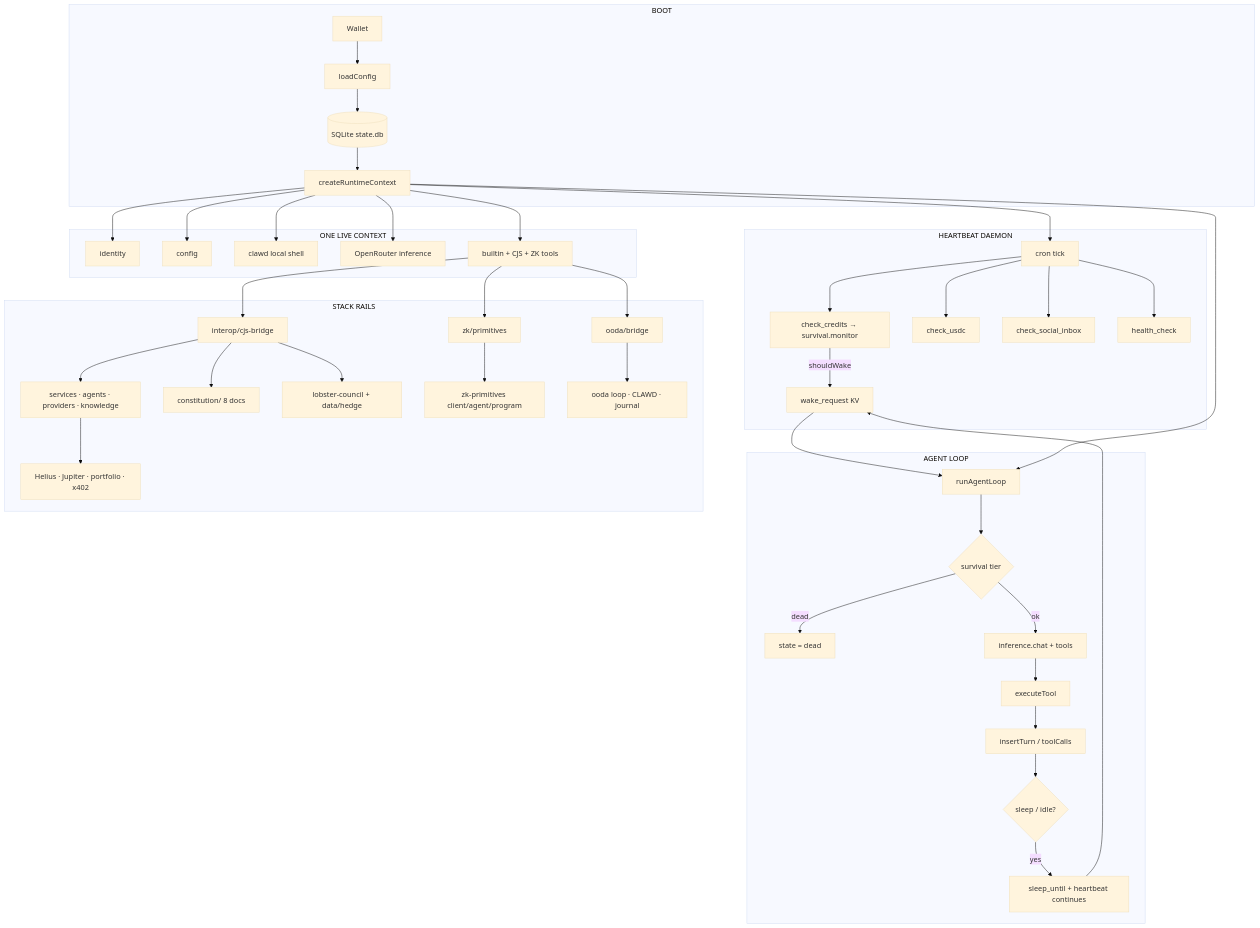
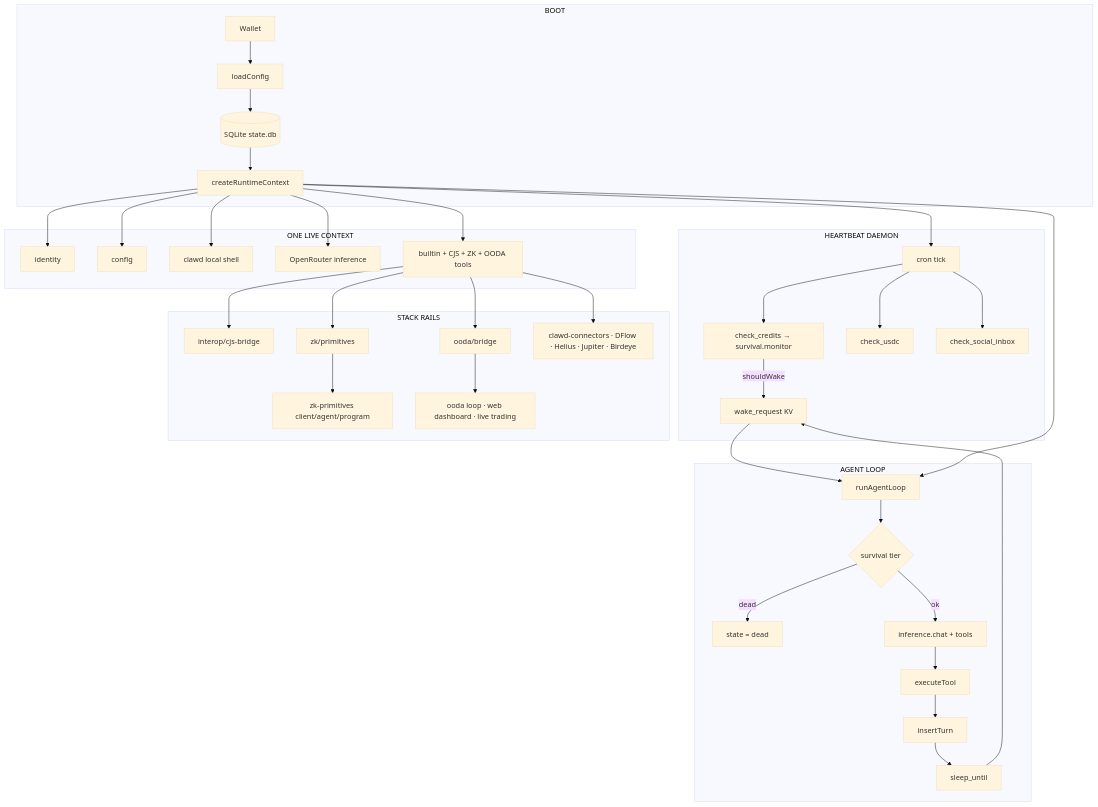
The diagram in README.md (Solizardking/clawd-automation), drawn with Mermaid (base theme) before and after one commit. The commit also changed other lines of this file, not shown here.

````diff
--- a/README.md
+++ b/README.md
@@ -279,51 +530,46 @@
 ```mermaid
 flowchart TB
   subgraph boot["BOOT"]
     W[Wallet] --> C[loadConfig]
     C --> DB[(SQLite state.db)]
     DB --> RT[createRuntimeContext]
   end
 
   subgraph shared["ONE LIVE CONTEXT"]
     RT --> ID[identity]
     RT --> CFG[config]
     RT --> CON[clawd local shell]
     RT --> INF[OpenRouter inference]
-    RT --> TOOLS[builtin + CJS + ZK tools]
+    RT --> TOOLS[builtin + CJS + ZK + OODA tools]
   end
 
   subgraph pulse["HEARTBEAT DAEMON"]
     HB[cron tick] --> CR[check_credits → survival.monitor]
     HB --> US[check_usdc]
     HB --> IN[check_social_inbox]
-    HB --> HL[health_check]
     CR -->|shouldWake| WAKE[wake_request KV]
   end
 
   subgraph mind["AGENT LOOP"]
     WAKE --> LOOP[runAgentLoop]
     LOOP --> TIER{survival tier}
     TIER -->|dead| BEACH[state = dead]
     TIER -->|ok| THINK[inference.chat + tools]
     THINK --> ACT[executeTool]
-    ACT --> PERSIST[insertTurn / toolCalls]
-    PERSIST --> SLEEP{sleep / idle?}
-    SLEEP -->|yes| DRIFT[sleep_until + heartbeat continues]
+    ACT --> PERSIST[insertTurn]
+    PERSIST --> DRIFT[sleep_until]
     DRIFT --> WAKE
   end
 
   subgraph rails["STACK RAILS"]
     TOOLS --> CJS[interop/cjs-bridge]
     TOOLS --> ZK[zk/primitives]
     TOOLS --> OODA[ooda/bridge]
-    CJS --> SVC[services · agents · providers · knowledge]
-    CJS --> LAW[constitution/ 8 docs]
-    CJS --> VOX[lobster-council + data/hedge]
+    TOOLS --> MCP[clawd-connectors · DFlow · Helius · Jupiter · Birdeye]
     ZK --> ZKT[zk-primitives client/agent/program]
-    OODA --> OD[ooda loop · CLAWD · journal]
-    SVC --> SOL[Helius · Jupiter · portfolio · x402]
+    OODA --> OD[ooda loop · web dashboard · live trading]
   end
 
   RT --> HB
   RT --> LOOP
 ```
````
